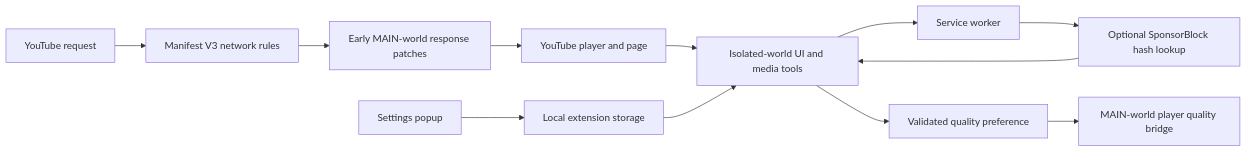
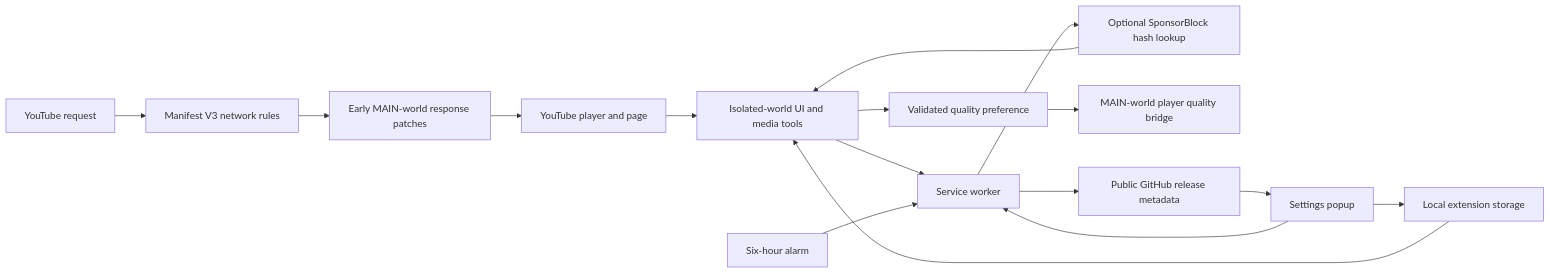
The diagram in README.md (Mustafa1p/Anti-Youtube-Ads-Extension), drawn with Mermaid before and after one commit. The commit also changed other lines of this file and 5 other files, not shown here.

Commit message:
Refresh README for Theme Studio and GitHub updates

````diff
--- a/README.md
+++ b/README.md
@@ -121,14 +153,18 @@
 ```mermaid
 flowchart LR
     A[YouTube request] --> B[Manifest V3 network rules]
     B --> C[Early MAIN-world response patches]
     C --> D[YouTube player and page]
     D --> E[Isolated-world UI and media tools]
     F[Settings popup] --> G[Local extension storage]
     G --> E
     E --> H[Service worker]
     H --> I[Optional SponsorBlock hash lookup]
     I --> E
     E --> J[Validated quality preference]
     J --> K[MAIN-world player quality bridge]
+    F --> H
+    L[Six-hour alarm] --> H
+    H --> M[Public GitHub release metadata]
+    M --> F
 ```
````
